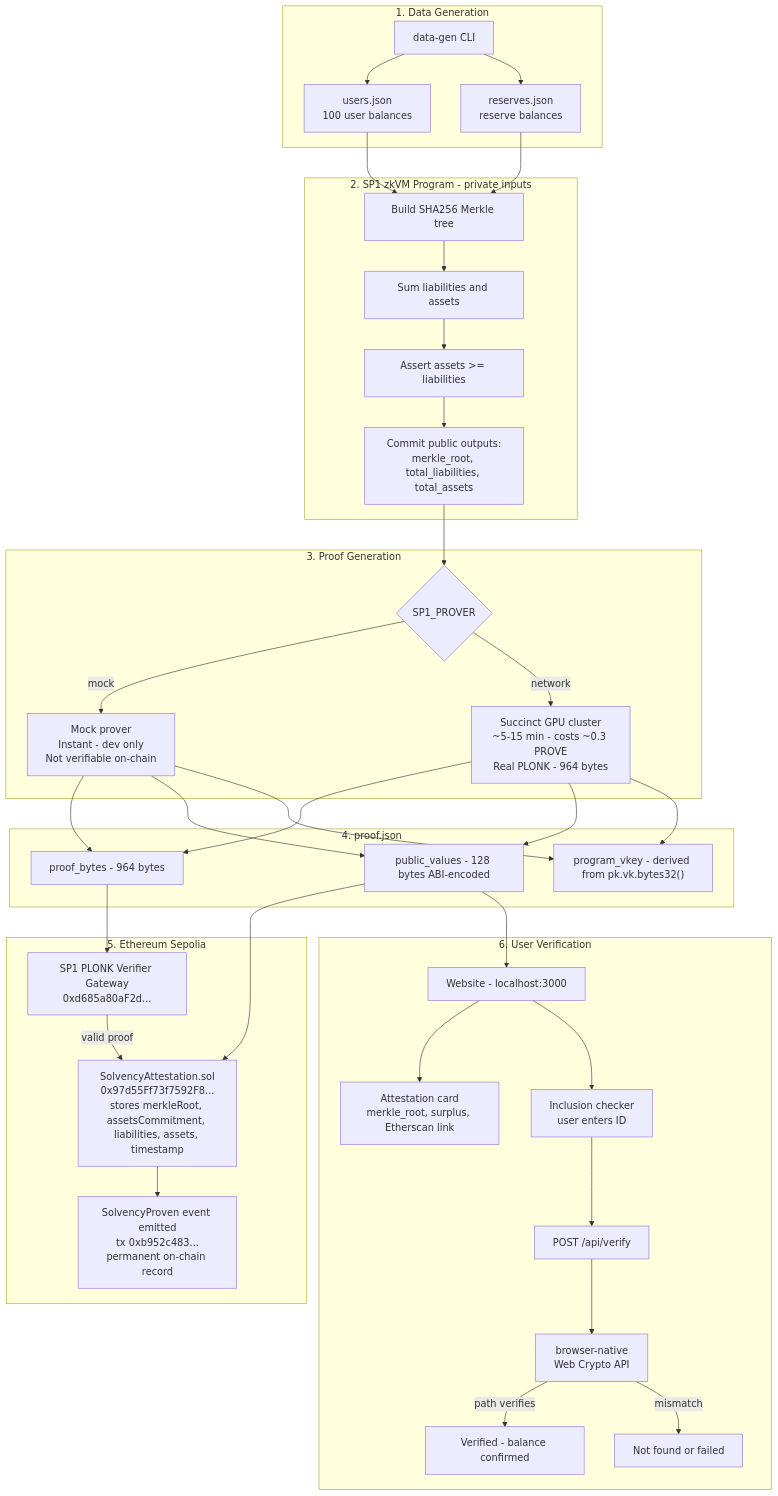
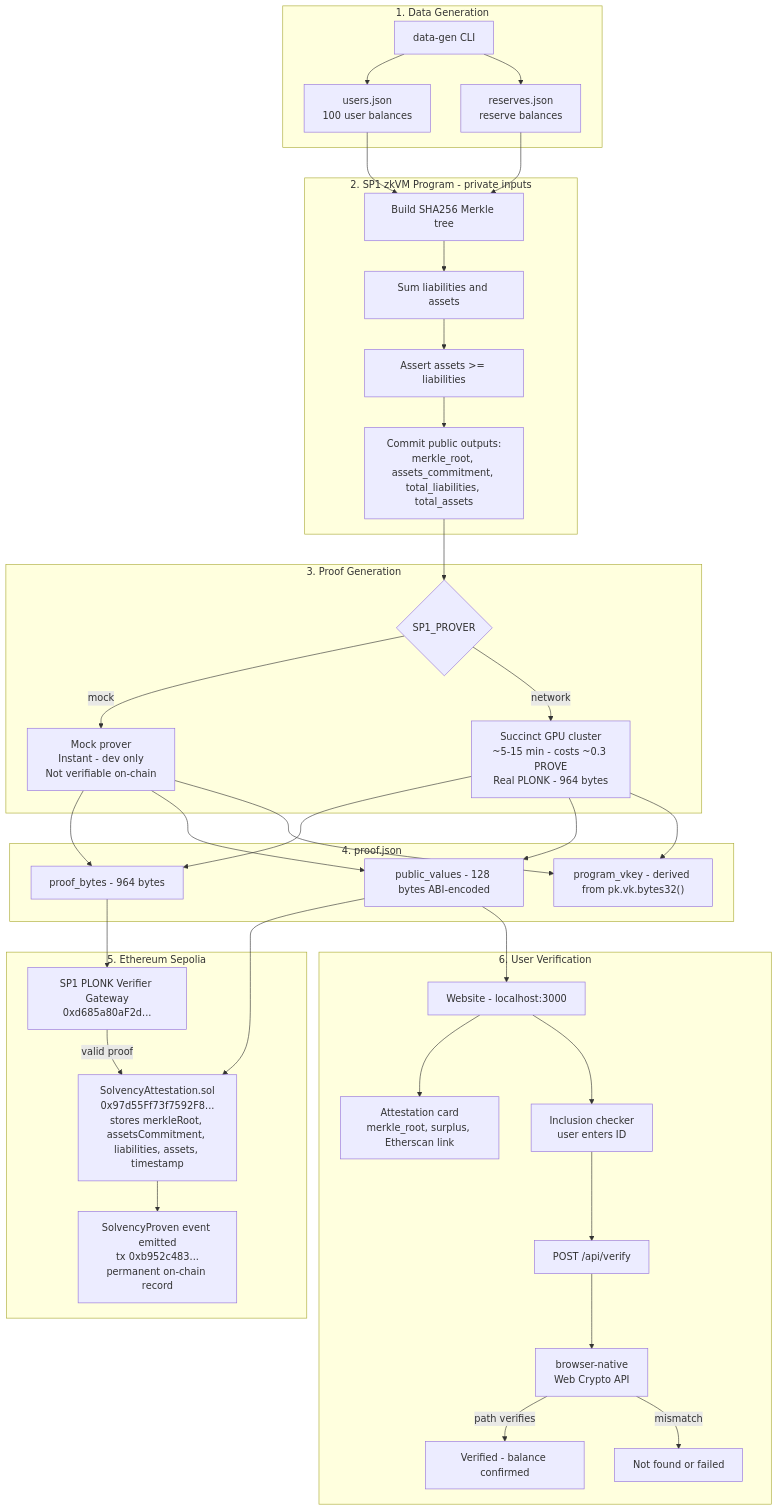
One commit to yx-xyc/zk-solvency changed the fourth of 4 diagrams in docs/presentation.md. Above: the diagram before and after it, drawn with Mermaid. The commit also changed other lines of this file, not shown here.

Commit message:
Fix presentation.md: add assetsCommitment to public outputs in both diagrams

````diff
--- a/docs/presentation.md
+++ b/docs/presentation.md
@@ -222,62 +223,62 @@
 ```mermaid
 flowchart TD
     subgraph DataGen[1. Data Generation]
         DG["data-gen CLI"]
         UJ["users.json\n100 user balances"]
         RJ["reserves.json\nreserve balances"]
         DG --> UJ
         DG --> RJ
     end
 
     subgraph ZKProgram[2. SP1 zkVM Program - private inputs]
         MT["Build SHA256 Merkle tree"]
         SUM["Sum liabilities and assets"]
         ASSERT["Assert assets >= liabilities"]
-        PUB["Commit public outputs:\nmerkle_root, total_liabilities, total_assets"]
+        PUB["Commit public outputs:\nmerkle_root, assets_commitment, total_liabilities, total_assets"]
         MT --> SUM --> ASSERT --> PUB
     end
 
     subgraph ProofGen[3. Proof Generation]
         ENV{SP1_PROVER}
         MOCK["Mock prover\nInstant - dev only\nNot verifiable on-chain"]
         NET["Succinct GPU cluster\n~5-15 min - costs ~0.3 PROVE\nReal PLONK - 964 bytes"]
         ENV -->|mock| MOCK
         ENV -->|network| NET
     end
 
     subgraph Artifacts[4. proof.json]
         PB["proof_bytes - 964 bytes"]
         PV["public_values - 128 bytes ABI-encoded"]
         VK["program_vkey - derived from pk.vk.bytes32()"]
     end
 
     subgraph OnChain[5. Ethereum Sepolia]
         VER["SP1 PLONK Verifier Gateway\n0xd685a80aF2d..."]
         SOL["SolvencyAttestation.sol\n0x97d55Ff73f7592F8...\nstores merkleRoot, assetsCommitment, liabilities, assets, timestamp"]
         EVT["SolvencyProven event emitted\ntx 0xb952c483...\npermanent on-chain record"]
         VER -->|valid proof| SOL --> EVT
     end
 
     subgraph UserSide[6. User Verification]
         WEB["Website - localhost:3000"]
         CARD["Attestation card\nmerkle_root, surplus, Etherscan link"]
         FORM["Inclusion checker\nuser enters ID"]
         API["POST /api/verify"]
         BROWSER["browser-native\nWeb Crypto API"]
         OK["Verified - balance confirmed"]
         FAIL["Not found or failed"]
         WEB --> CARD
         WEB --> FORM --> API --> BROWSER
         BROWSER -->|path verifies| OK
         BROWSER -->|mismatch| FAIL
     end
 
     UJ --> MT
     RJ --> MT
     PUB --> ENV
     MOCK --> PB & PV & VK
     NET --> PB & PV & VK
     PB --> VER
     PV --> SOL
     PV --> WEB
 ```
````
